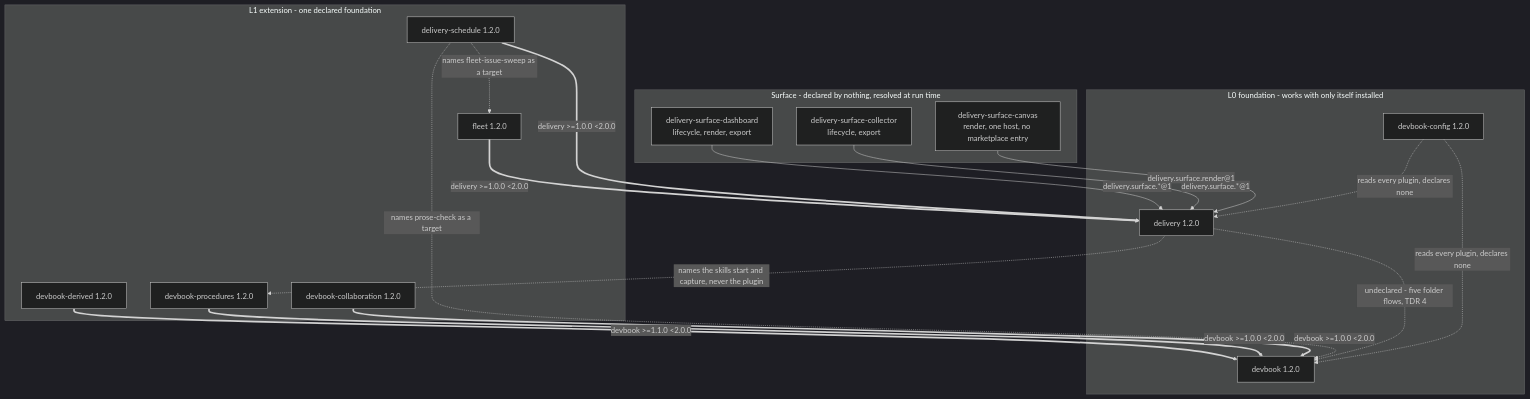
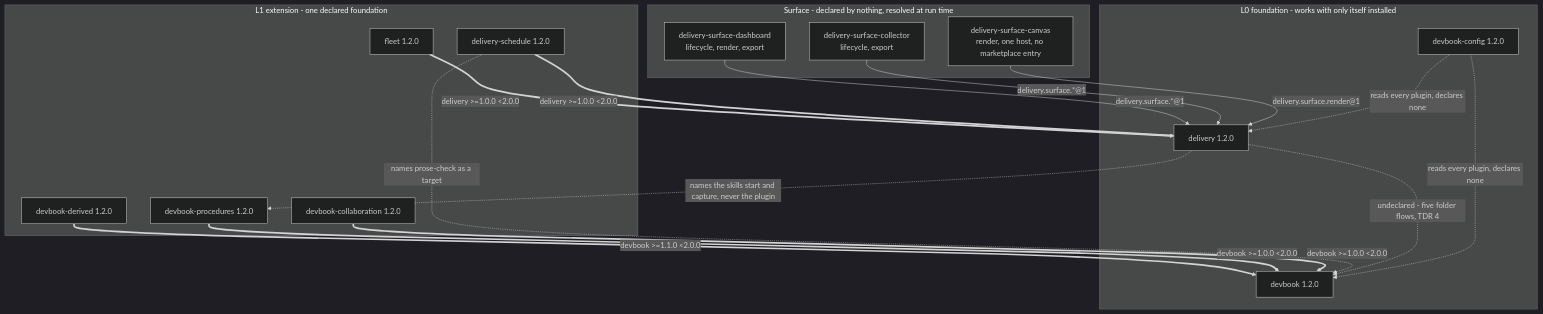
One commit to JSdotNet/devbook changed the first of 3 diagrams in .devbook/arc42/05-building-block-view.md. Above: the diagram before and after it, drawn with Mermaid (dark theme). The commit also changed other lines of this file and 22 other files, not shown here.

First line of the commit message:
schedule-issue-sweep: triage, close on evidence, resolve one at a time as draft PRs, brief

````diff
--- a/.devbook/arc42/05-building-block-view.md
+++ b/.devbook/arc42/05-building-block-view.md
@@ -28,39 +28,38 @@
 ```mermaid
 flowchart TB
     subgraph L0["L0 foundation - works with only itself installed"]
         DEV["devbook 1.2.0"]
         DEL["delivery 1.2.0"]
         CFG["devbook-config 1.2.0"]
     end
 
     subgraph L1["L1 extension - one declared foundation"]
         DBD["devbook-derived 1.2.0"]
         DPR["devbook-procedures 1.2.0"]
         DBC["devbook-collaboration 1.2.0"]
         FLT["fleet 1.2.0"]
         SCH["delivery-schedule 1.2.0"]
     end
 
     subgraph SURF["Surface - declared by nothing, resolved at run time"]
         SD["delivery-surface-dashboard<br/>lifecycle, render, export"]
         SL["delivery-surface-collector<br/>lifecycle, export"]
         SC["delivery-surface-canvas<br/>render, one host, no marketplace entry"]
     end
 
     DBD ==>|"devbook >=1.1.0 &lt;2.0.0"| DEV
     DPR ==>|"devbook >=1.0.0 &lt;2.0.0"| DEV
     DBC ==>|"devbook >=1.0.0 &lt;2.0.0"| DEV
     FLT ==>|"delivery >=1.0.0 &lt;2.0.0"| DEL
     SCH ==>|"delivery >=1.0.0 &lt;2.0.0"| DEL
 
     SD -->|"delivery.surface.*@1"| DEL
     SL -->|"delivery.surface.*@1"| DEL
     SC -->|"delivery.surface.render@1"| DEL
 
     SCH -.->|"names prose-check as a target"| DEV
-    SCH -.->|"names fleet-issue-sweep as a target"| FLT
     DEL -.->|"undeclared - five folder flows, TDR 4"| DEV
     DEL -.->|"names the skills start and capture, never the plugin"| DPR
     CFG -.->|"reads every plugin, declares none"| DEV
     CFG -.->|"reads every plugin, declares none"| DEL
 ```
````
